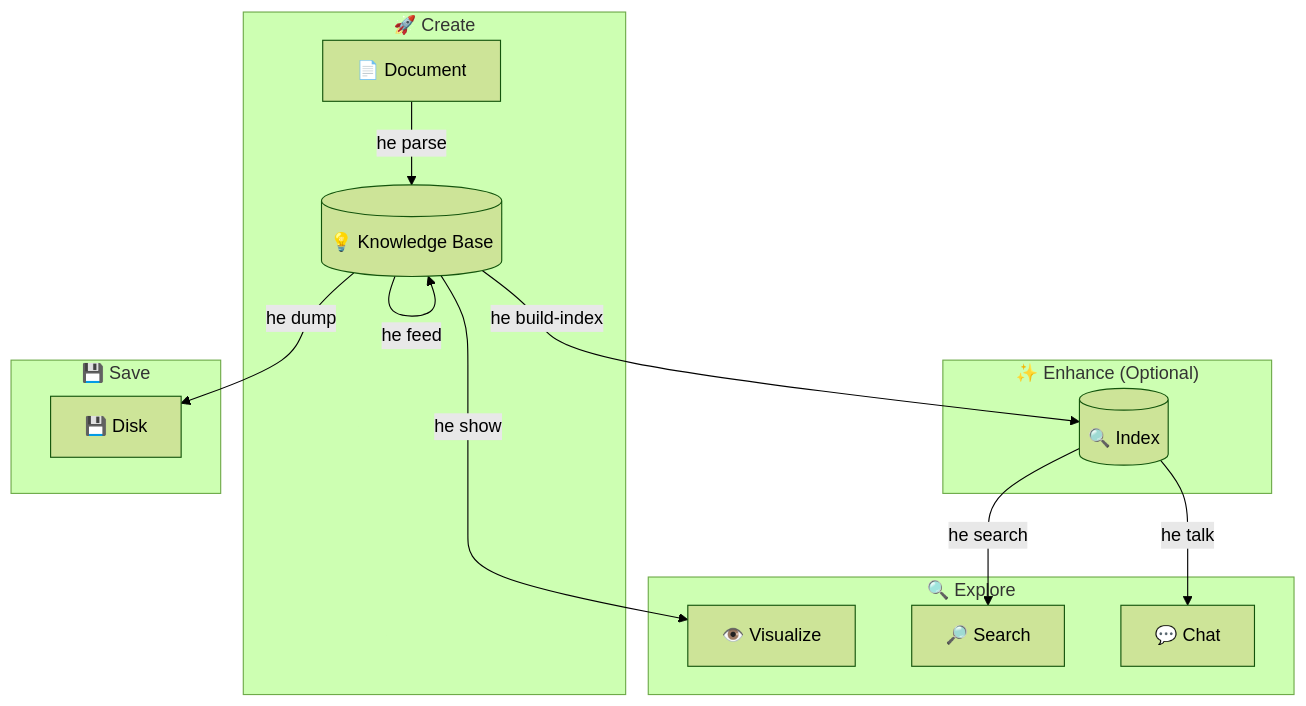
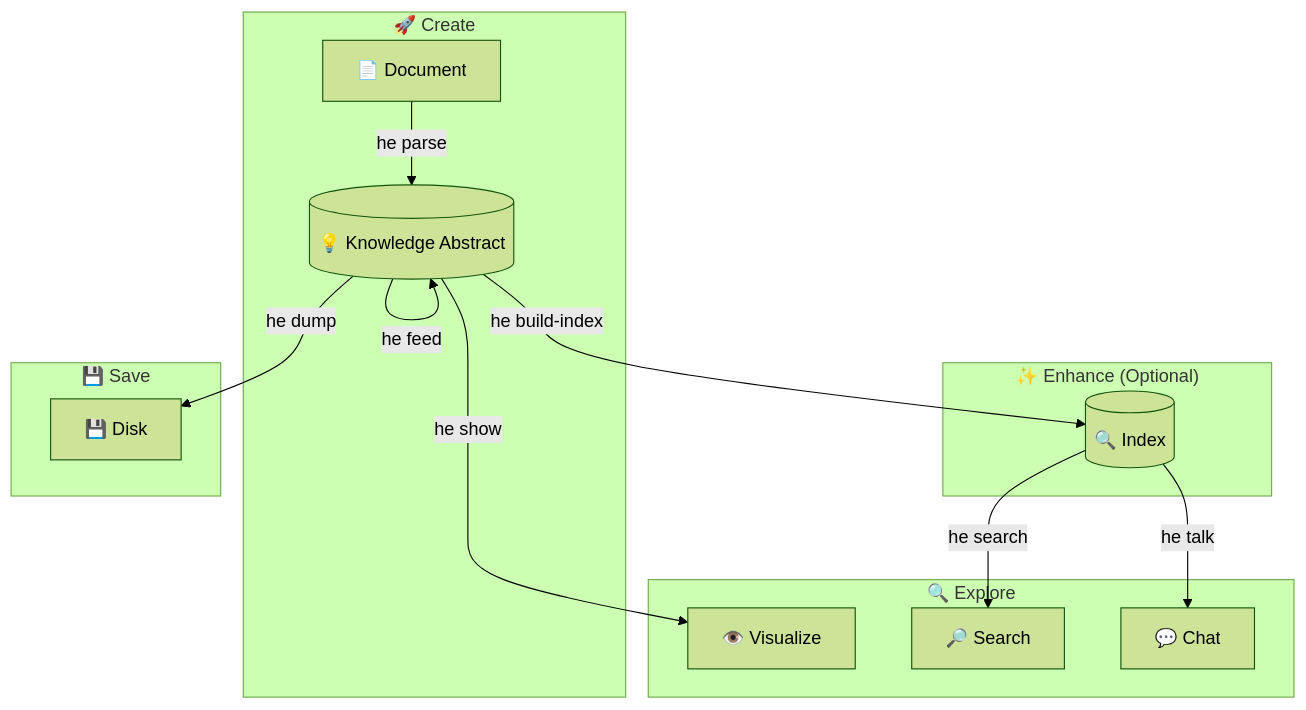
Before and after one commit to taweili/Hyper-Extract: the diagram in docs/en/cli/index.md, drawn with Mermaid (forest theme). The commit also changed other lines of this file and 167 other files, not shown here.

First line of the commit message:
docs: 更新文档中的知识库(knowledge base)为知识摘要(knowledge abstract)

````diff
--- a/docs/en/cli/index.md
+++ b/docs/en/cli/index.md
@@ -49,21 +49,21 @@
 ```mermaid
 flowchart TB
     subgraph Create ["🚀 Create"]
-        D[📄 Document] -->|he parse| KB[(💡 Knowledge Base)]
+        D[📄 Document] -->|he parse| KA[(💡 Knowledge Abstract)]
     end
 
     subgraph Enhance ["✨ Enhance (Optional)"]
-        KB -->|he feed| KB
-        KB -->|he build-index| IDX[(🔍 Index)]
+        KA -->|he feed| KA
+        KA -->|he build-index| IDX[(🔍 Index)]
     end
 
     subgraph Explore ["🔍 Explore"]
-        KB -->|he show| VIS[👁️ Visualize]
+        KA -->|he show| VIS[👁️ Visualize]
         IDX -->|he search| SRCH[🔎 Search]
         IDX -->|he talk| CHAT[💬 Chat]
     end
 
     subgraph Save ["💾 Save"]
-        KB -->|he dump| DISK[💾 Disk]
+        KA -->|he dump| DISK[💾 Disk]
     end
 ```
````
